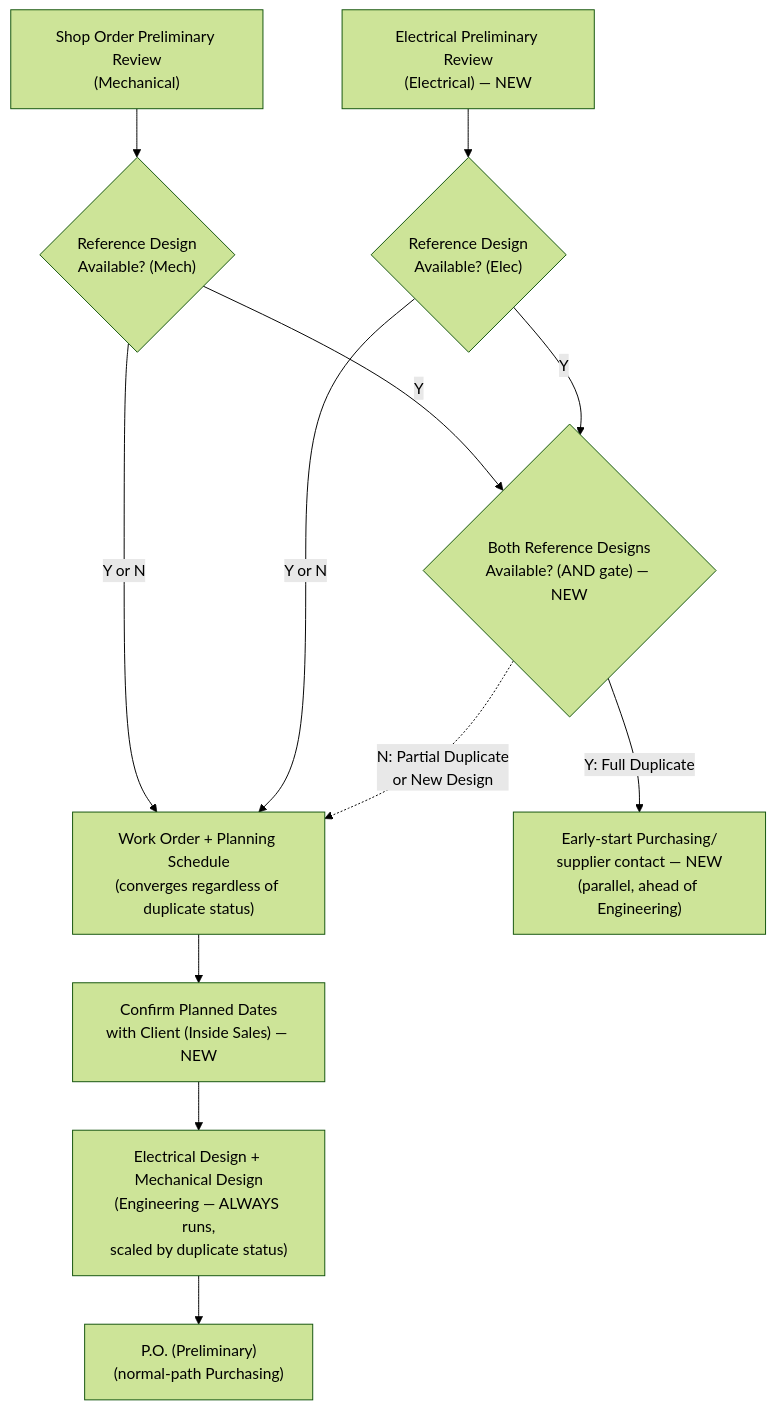
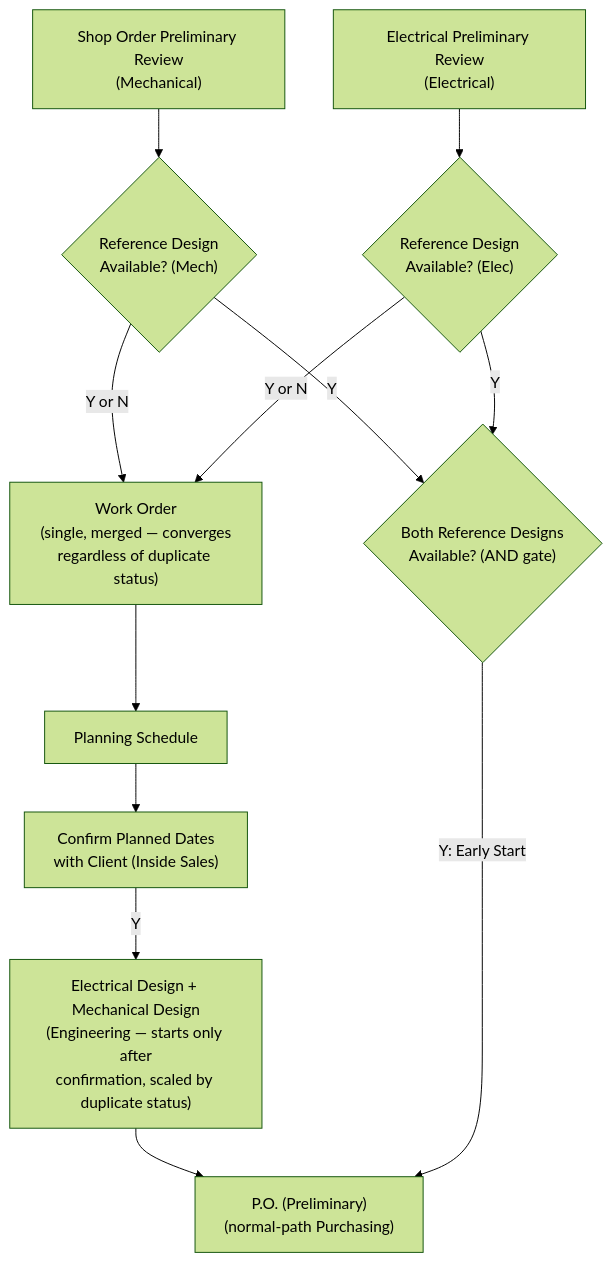
The second of 2 diagrams in docs/infrastructure-overview.md (Biplan-Consulting-Services/pioneer-transformer-workflow-automation), drawn with Mermaid (forest theme) before and after one commit. The commit also changed other lines of this file, not shown here.

First line of the commit message:
Mark workflow diagram edits as applied, document final logic

````diff
--- a/docs/infrastructure-overview.md
+++ b/docs/infrastructure-overview.md
@@ -135,17 +145,17 @@
 ```mermaid
 flowchart TB
     SOP["Shop Order Preliminary Review<br/>(Mechanical)"] --> RDAm{"Reference Design<br/>Available? (Mech)"}
-    EPR["Electrical Preliminary Review<br/>(Electrical) — NEW"] --> RDAe{"Reference Design<br/>Available? (Elec)"}
+    EPR["Electrical Preliminary Review<br/>(Electrical)"] --> RDAe{"Reference Design<br/>Available? (Elec)"}
 
-    RDAm -->|Y or N| WO["Work Order + Planning Schedule<br/>(converges regardless of duplicate status)"]
+    RDAm -->|Y or N| WO["Work Order<br/>(single, merged — converges<br/>regardless of duplicate status)"]
     RDAe -->|Y or N| WO
 
-    WO --> CPD["Confirm Planned Dates<br/>with Client (Inside Sales) — NEW"]
-    CPD --> ENG["Electrical Design + Mechanical Design<br/>(Engineering — ALWAYS runs,<br/>scaled by duplicate status)"]
+    WO --> PS["Planning Schedule"]
+    PS --> CPD["Confirm Planned Dates<br/>with Client (Inside Sales)"]
+    CPD -->|Y| ENG["Electrical Design + Mechanical Design<br/>(Engineering — starts only after<br/>confirmation, scaled by duplicate status)"]
     ENG --> PONormal["P.O. (Preliminary)<br/>(normal-path Purchasing)"]
 
-    RDAm -->|Y| BOTH{"Both Reference Designs<br/>Available? (AND gate) — NEW"}
+    RDAm -->|Y| BOTH{"Both Reference Designs<br/>Available? (AND gate)"}
     RDAe -->|Y| BOTH
-    BOTH -->|Y: Full Duplicate| EarlyPO["Early-start Purchasing/<br/>supplier contact — NEW<br/>(parallel, ahead of Engineering)"]
-    BOTH -.->|N: Partial Duplicate<br/>or New Design| WO
+    BOTH -->|Y: Early Start| PONormal
 ```
````
